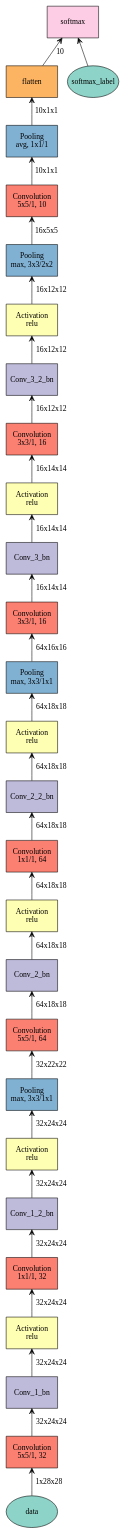
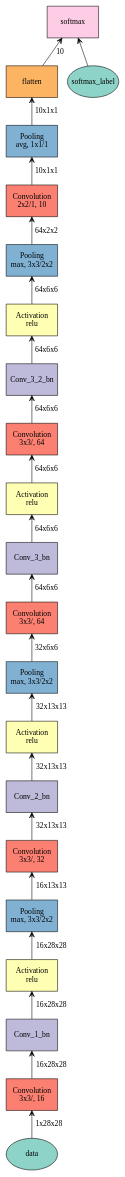
The diagram in MNIST_trial/plot.gv (truebruce/MXnet_trial_mnist), drawn with Graphviz before and after one commit. The commit also changed 4 other files, not shown here.

First line of the commit message:
Update: VGG-A like network. 5 Conv layer and 4 pooling, no FC.

```diff
--- a/MNIST_trial/plot.gv
+++ b/MNIST_trial/plot.gv
@@ -1,55 +1,43 @@
 digraph plot {
 	data [label=data fillcolor="#8dd3c7" fixedsize=true height=0.8034 shape=oval style=filled width=1.3]
-	Conv_1 [label="Convolution\n5x5/1, 32" fillcolor="#fb8072" fixedsize=true height=0.8034 shape=box style=filled width=1.3]
+	Conv_1 [label="Convolution\n3x3/, 16" fillcolor="#fb8072" fixedsize=true height=0.8034 shape=box style=filled width=1.3]
 	Conv_1_bn [label=Conv_1_bn fillcolor="#bebada" fixedsize=true height=0.8034 shape=box style=filled width=1.3]
 	Conv_1_act [label="Activation\nrelu" fillcolor="#ffffb3" fixedsize=true height=0.8034 shape=box style=filled width=1.3]
-	Conv_1_2 [label="Convolution\n1x1/1, 32" fillcolor="#fb8072" fixedsize=true height=0.8034 shape=box style=filled width=1.3]
-	Conv_1_2_bn [label=Conv_1_2_bn fillcolor="#bebada" fixedsize=true height=0.8034 shape=box style=filled width=1.3]
-	Conv_1_2_act [label="Activation\nrelu" fillcolor="#ffffb3" fixedsize=true height=0.8034 shape=box style=filled width=1.3]
-	Conv_1_pooling [label="Pooling\nmax, 3x3/1x1" fillcolor="#80b1d3" fixedsize=true height=0.8034 shape=box style=filled width=1.3]
-	Conv_2 [label="Convolution\n5x5/1, 64" fillcolor="#fb8072" fixedsize=true height=0.8034 shape=box style=filled width=1.3]
+	Conv_1_pooling [label="Pooling\nmax, 3x3/2x2" fillcolor="#80b1d3" fixedsize=true height=0.8034 shape=box style=filled width=1.3]
+	Conv_2 [label="Convolution\n3x3/, 32" fillcolor="#fb8072" fixedsize=true height=0.8034 shape=box style=filled width=1.3]
 	Conv_2_bn [label=Conv_2_bn fillcolor="#bebada" fixedsize=true height=0.8034 shape=box style=filled width=1.3]
 	Conv_2_act [label="Activation\nrelu" fillcolor="#ffffb3" fixedsize=true height=0.8034 shape=box style=filled width=1.3]
-	Conv_2_2 [label="Convolution\n1x1/1, 64" fillcolor="#fb8072" fixedsize=true height=0.8034 shape=box style=filled width=1.3]
-	Conv_2_2_bn [label=Conv_2_2_bn fillcolor="#bebada" fixedsize=true height=0.8034 shape=box style=filled width=1.3]
-	Conv_2_2_act [label="Activation\nrelu" fillcolor="#ffffb3" fixedsize=true height=0.8034 shape=box style=filled width=1.3]
-	Conv_2_pooling [label="Pooling\nmax, 3x3/1x1" fillcolor="#80b1d3" fixedsize=true height=0.8034 shape=box style=filled width=1.3]
-	Conv_3 [label="Convolution\n3x3/1, 16" fillcolor="#fb8072" fixedsize=true height=0.8034 shape=box style=filled width=1.3]
+	Conv_2_pooling [label="Pooling\nmax, 3x3/2x2" fillcolor="#80b1d3" fixedsize=true height=0.8034 shape=box style=filled width=1.3]
+	Conv_3 [label="Convolution\n3x3/, 64" fillcolor="#fb8072" fixedsize=true height=0.8034 shape=box style=filled width=1.3]
 	Conv_3_bn [label=Conv_3_bn fillcolor="#bebada" fixedsize=true height=0.8034 shape=box style=filled width=1.3]
 	Conv_3_act [label="Activation\nrelu" fillcolor="#ffffb3" fixedsize=true height=0.8034 shape=box style=filled width=1.3]
-	Conv_3_2 [label="Convolution\n3x3/1, 16" fillcolor="#fb8072" fixedsize=true height=0.8034 shape=box style=filled width=1.3]
+	Conv_3_2 [label="Convolution\n3x3/, 64" fillcolor="#fb8072" fixedsize=true height=0.8034 shape=box style=filled width=1.3]
 	Conv_3_2_bn [label=Conv_3_2_bn fillcolor="#bebada" fixedsize=true height=0.8034 shape=box style=filled width=1.3]
 	Conv_3_2_act [label="Activation\nrelu" fillcolor="#ffffb3" fixedsize=true height=0.8034 shape=box style=filled width=1.3]
 	Conv_3_pooling [label="Pooling\nmax, 3x3/2x2" fillcolor="#80b1d3" fixedsize=true height=0.8034 shape=box style=filled width=1.3]
-	Conv_4 [label="Convolution\n5x5/1, 10" fillcolor="#fb8072" fixedsize=true height=0.8034 shape=box style=filled width=1.3]
+	Conv_4 [label="Convolution\n2x2/1, 10" fillcolor="#fb8072" fixedsize=true height=0.8034 shape=box style=filled width=1.3]
 	Conv_4_pooling [label="Pooling\navg, 1x1/1" fillcolor="#80b1d3" fixedsize=true height=0.8034 shape=box style=filled width=1.3]
 	flatten [label=flatten fillcolor="#fdb462" fixedsize=true height=0.8034 shape=box style=filled width=1.3]
 	softmax_label [label=softmax_label fillcolor="#8dd3c7" fixedsize=true height=0.8034 shape=oval style=filled width=1.3]
 	softmax [label=softmax fillcolor="#fccde5" fixedsize=true height=0.8034 shape=box style=filled width=1.3]
 	Conv_1 -> data [label="1x28x28" arrowtail=open dir=back]
-	Conv_1_bn -> Conv_1 [label="32x24x24" arrowtail=open dir=back]
-	Conv_1_act -> Conv_1_bn [label="32x24x24" arrowtail=open dir=back]
-	Conv_1_2 -> Conv_1_act [label="32x24x24" arrowtail=open dir=back]
-	Conv_1_2_bn -> Conv_1_2 [label="32x24x24" arrowtail=open dir=back]
-	Conv_1_2_act -> Conv_1_2_bn [label="32x24x24" arrowtail=open dir=back]
-	Conv_1_pooling -> Conv_1_2_act [label="32x24x24" arrowtail=open dir=back]
-	Conv_2 -> Conv_1_pooling [label="32x22x22" arrowtail=open dir=back]
-	Conv_2_bn -> Conv_2 [label="64x18x18" arrowtail=open dir=back]
-	Conv_2_act -> Conv_2_bn [label="64x18x18" arrowtail=open dir=back]
-	Conv_2_2 -> Conv_2_act [label="64x18x18" arrowtail=open dir=back]
-	Conv_2_2_bn -> Conv_2_2 [label="64x18x18" arrowtail=open dir=back]
-	Conv_2_2_act -> Conv_2_2_bn [label="64x18x18" arrowtail=open dir=back]
-	Conv_2_pooling -> Conv_2_2_act [label="64x18x18" arrowtail=open dir=back]
-	Conv_3 -> Conv_2_pooling [label="64x16x16" arrowtail=open dir=back]
-	Conv_3_bn -> Conv_3 [label="16x14x14" arrowtail=open dir=back]
-	Conv_3_act -> Conv_3_bn [label="16x14x14" arrowtail=open dir=back]
-	Conv_3_2 -> Conv_3_act [label="16x14x14" arrowtail=open dir=back]
-	Conv_3_2_bn -> Conv_3_2 [label="16x12x12" arrowtail=open dir=back]
-	Conv_3_2_act -> Conv_3_2_bn [label="16x12x12" arrowtail=open dir=back]
-	Conv_3_pooling -> Conv_3_2_act [label="16x12x12" arrowtail=open dir=back]
-	Conv_4 -> Conv_3_pooling [label="16x5x5" arrowtail=open dir=back]
+	Conv_1_bn -> Conv_1 [label="16x28x28" arrowtail=open dir=back]
+	Conv_1_act -> Conv_1_bn [label="16x28x28" arrowtail=open dir=back]
+	Conv_1_pooling -> Conv_1_act [label="16x28x28" arrowtail=open dir=back]
+	Conv_2 -> Conv_1_pooling [label="16x13x13" arrowtail=open dir=back]
+	Conv_2_bn -> Conv_2 [label="32x13x13" arrowtail=open dir=back]
+	Conv_2_act -> Conv_2_bn [label="32x13x13" arrowtail=open dir=back]
+	Conv_2_pooling -> Conv_2_act [label="32x13x13" arrowtail=open dir=back]
+	Conv_3 -> Conv_2_pooling [label="32x6x6" arrowtail=open dir=back]
+	Conv_3_bn -> Conv_3 [label="64x6x6" arrowtail=open dir=back]
+	Conv_3_act -> Conv_3_bn [label="64x6x6" arrowtail=open dir=back]
+	Conv_3_2 -> Conv_3_act [label="64x6x6" arrowtail=open dir=back]
+	Conv_3_2_bn -> Conv_3_2 [label="64x6x6" arrowtail=open dir=back]
+	Conv_3_2_act -> Conv_3_2_bn [label="64x6x6" arrowtail=open dir=back]
+	Conv_3_pooling -> Conv_3_2_act [label="64x6x6" arrowtail=open dir=back]
+	Conv_4 -> Conv_3_pooling [label="64x2x2" arrowtail=open dir=back]
 	Conv_4_pooling -> Conv_4 [label="10x1x1" arrowtail=open dir=back]
 	flatten -> Conv_4_pooling [label="10x1x1" arrowtail=open dir=back]
 	softmax -> flatten [label=10 arrowtail=open dir=back]
 	softmax -> softmax_label [label="" arrowtail=open dir=back]
 }
```
